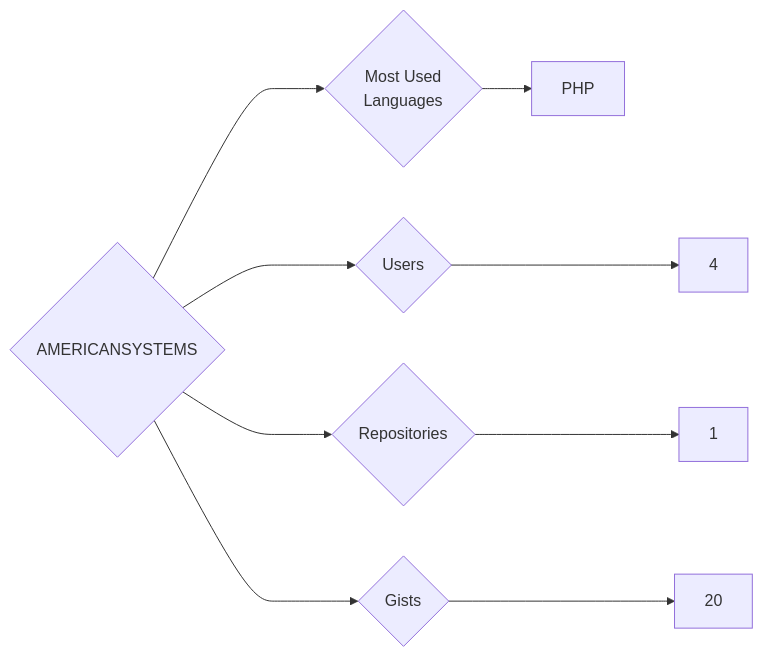
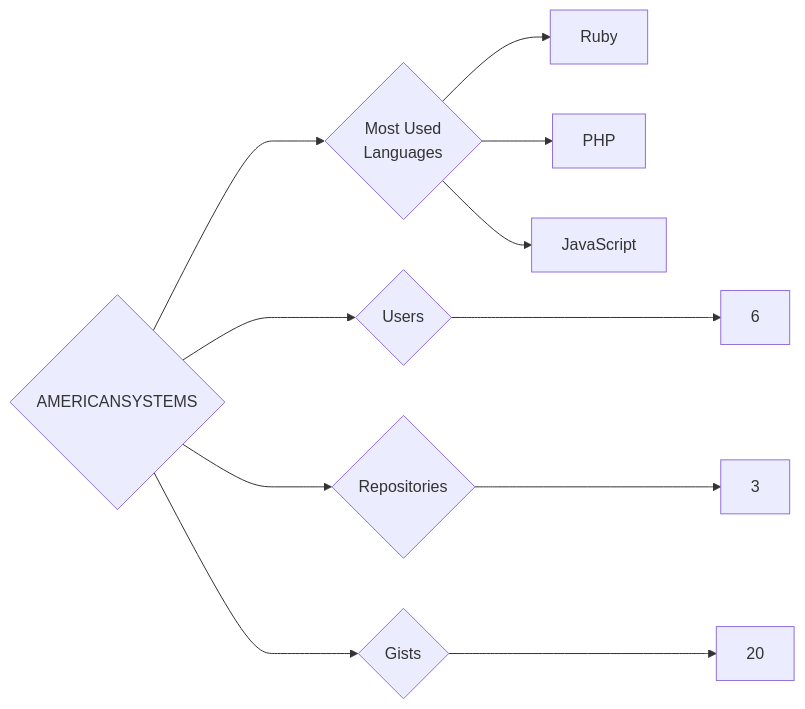
Before and after one commit to trickest/insiders: the diagram in targets/AMERICANSYSTEMS/README.md, drawn with Mermaid. The commit also changed 618 other files, not shown here.

````diff
--- a/targets/AMERICANSYSTEMS/README.md
+++ b/targets/AMERICANSYSTEMS/README.md
@@ -3,9 +3,11 @@
 ```mermaid
 graph LR
 COMPANY_NAME{AMERICANSYSTEMS}
-COMPANY_NAME ---> U{Users} ---> UN[4]
-COMPANY_NAME ---> R{Repositories} ---> RN[1]
+COMPANY_NAME ---> U{Users} ---> UN[6]
+COMPANY_NAME ---> R{Repositories} ---> RN[3]
 COMPANY_NAME ---> G{Gists} ---> GN[20]
 COMPANY_NAME ---> ML{Most Used<br>Languages}
+ML --> Ruby[Ruby]
 ML --> PHP[PHP]
+ML --> JavaScript[JavaScript]
 ```
````
